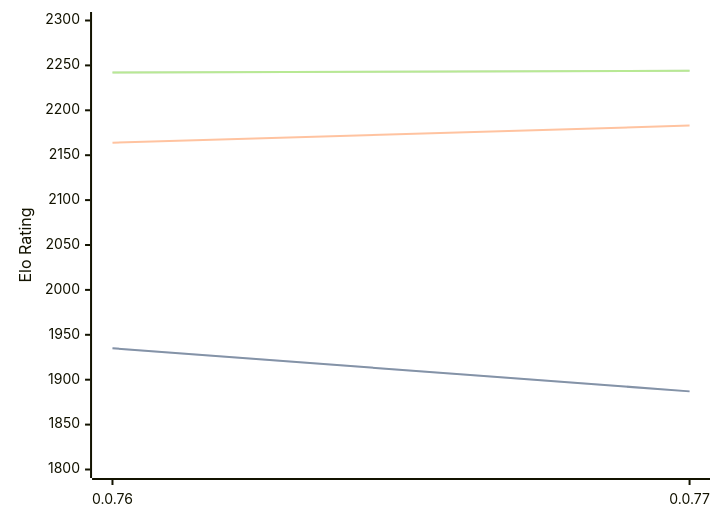
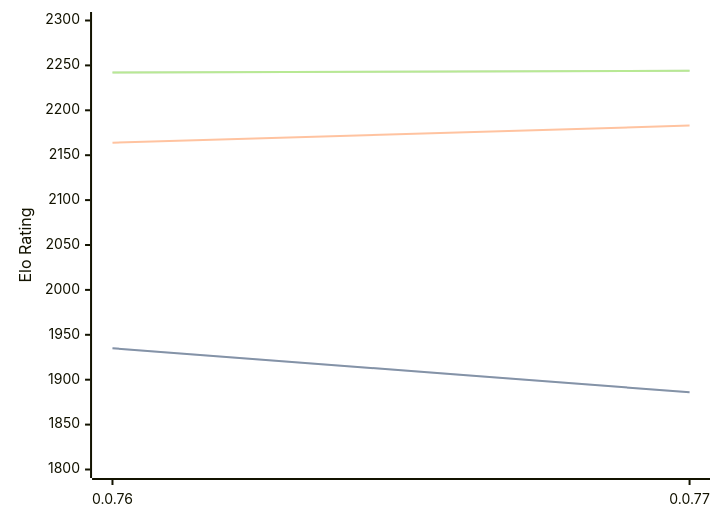
One commit to computer-chess-index/cci changed the diagram in engines/Fktb.md. Above: the diagram before and after it, drawn with Mermaid. The commit also changed other lines of this file, not shown here.

Commit message:
Update CCI Ratings (ELO VLTC) - 2026-04-04

````diff
--- a/engines/Fktb.md
+++ b/engines/Fktb.md
@@ -32,11 +32,11 @@
 ```mermaid
 %%{init: {"theme":"base","themeVariables":{"seriesColors:['#a3a3a3','#222221','#faa371']}}}%%
 xychart-beta
   x-axis ["0.0.76", "0.0.77"]
   y-axis "Elo Rating" 1800 --> 2300
-  line "STC (8.0+0.08s)" [1935, 1887]
-  line "STC (8.0+0.08s)" [1935, 1887]
+  line "STC (8.0+0.08s)" [1935, 1886]
+  line "STC (8.0+0.08s)" [1935, 1886]
   line "LTC (60.0+0.60s)" [2164, 2183]
   line "VLTC (2m24s+1.12s)" [2242, 2244]
   line "VLTC (2m24s+1.12s)" [2242, 2244]
 ```
````
